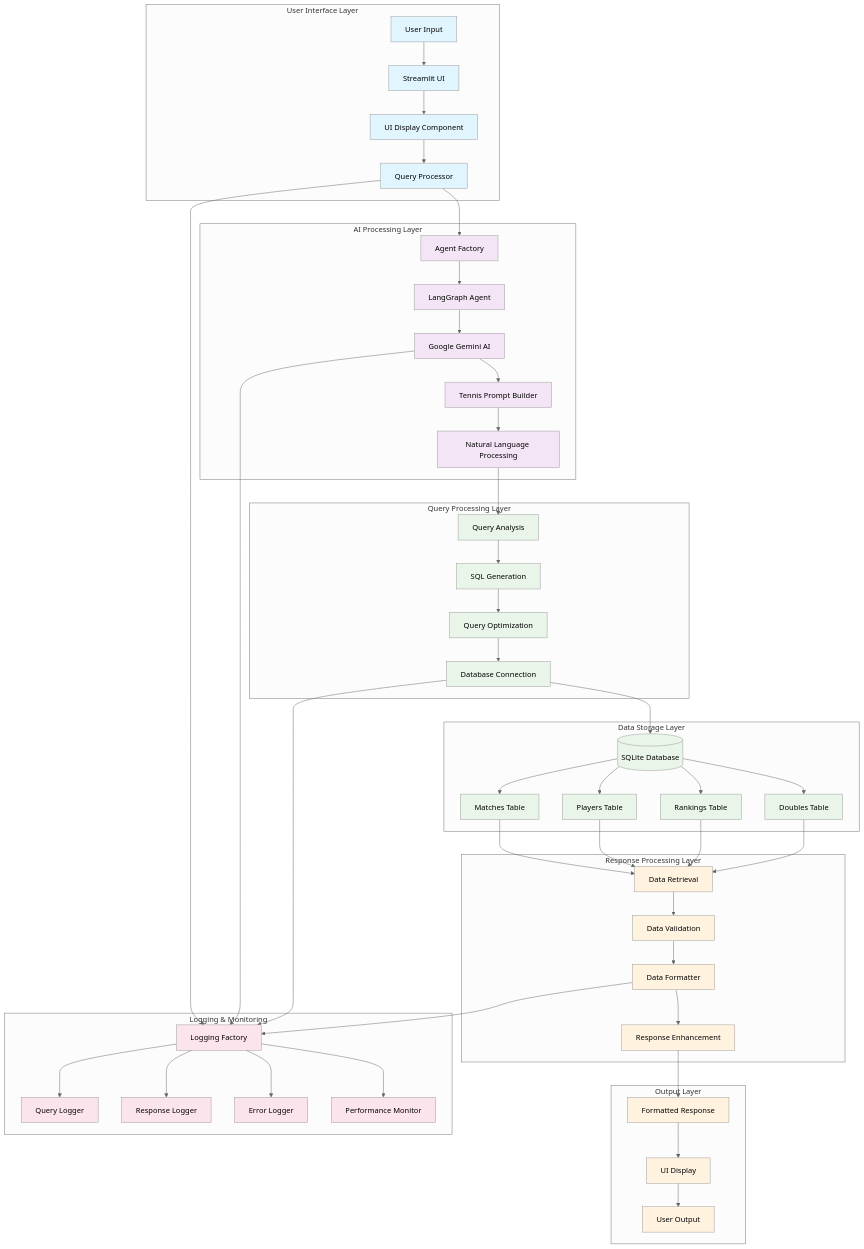
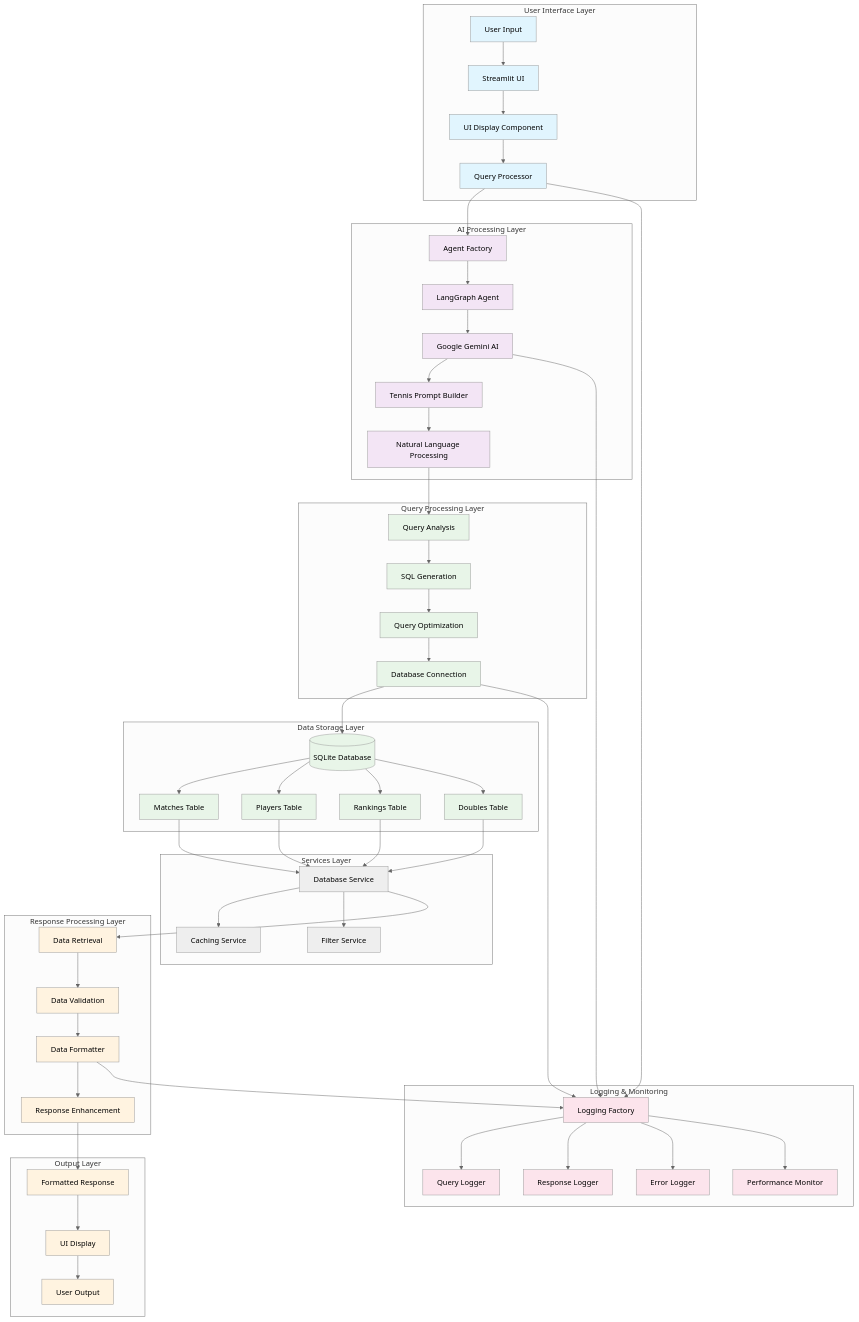
Before and after one commit to Ajit-KBehera/AskTennis_Gemini: the first of 13 diagrams in docs/02_Data_Flow.md, drawn with Mermaid (neutral theme). The commit also changed other lines of this file and 4 other files, not shown here.

````diff
--- a/docs/02_Data_Flow.md
+++ b/docs/02_Data_Flow.md
@@ -115,73 +127,79 @@
 ```mermaid
 flowchart TD
     subgraph "User Interface Layer"
         A[User Input] --> B[Streamlit UI]
         B --> C[UI Display Component]
         C --> D[Query Processor]
     end
     
     subgraph "AI Processing Layer"
         D --> E[Agent Factory]
         E --> F[LangGraph Agent]
         F --> G[Google Gemini AI]
         G --> H[Tennis Prompt Builder]
         H --> I[Natural Language Processing]
     end
     
     subgraph "Query Processing Layer"
         I --> J[Query Analysis]
         J --> K[SQL Generation]
         K --> L[Query Optimization]
         L --> M[Database Connection]
     end
     
     subgraph "Data Storage Layer"
         M --> N[(SQLite Database)]
         N --> O[Matches Table]
         N --> P[Players Table]
         N --> Q[Rankings Table]
         N --> R[Doubles Table]
     end
     
+    subgraph "Services Layer"
+        O --> S1[Database Service]
+        P --> S1
+        Q --> S1
+        R --> S1
+        S1 --> S2[Caching Service]
+        S1 --> S3[Filter Service]
+    end
+    
     subgraph "Response Processing Layer"
-        O --> S[Data Retrieval]
-        P --> S
-        Q --> S
-        R --> S
+        S1 --> S[Data Retrieval]
         S --> T[Data Validation]
         T --> U[Data Formatter]
         U --> V[Response Enhancement]
     end
     
     subgraph "Output Layer"
         V --> W[Formatted Response]
         W --> X[UI Display]
         X --> Y[User Output]
     end
     
     subgraph "Logging & Monitoring"
         Z[Logging Factory] --> AA[Query Logger]
         Z --> BB[Response Logger]
         Z --> CC[Error Logger]
         Z --> DD[Performance Monitor]
     end
     
     %% Logging connections
     D --> Z
     G --> Z
     M --> Z
     U --> Z
     
     %% Styling
     classDef userLayer fill:#e1f5fe
     classDef aiLayer fill:#f3e5f5
     classDef dataLayer fill:#e8f5e8
     classDef outputLayer fill:#fff3e0
     classDef loggingLayer fill:#fce4ec
     
     class A,B,C,D userLayer
     class E,F,G,H,I aiLayer
     class J,K,L,M,N,O,P,Q,R dataLayer
     class S,T,U,V,W,X,Y outputLayer
     class Z,AA,BB,CC,DD loggingLayer
 ```
````
